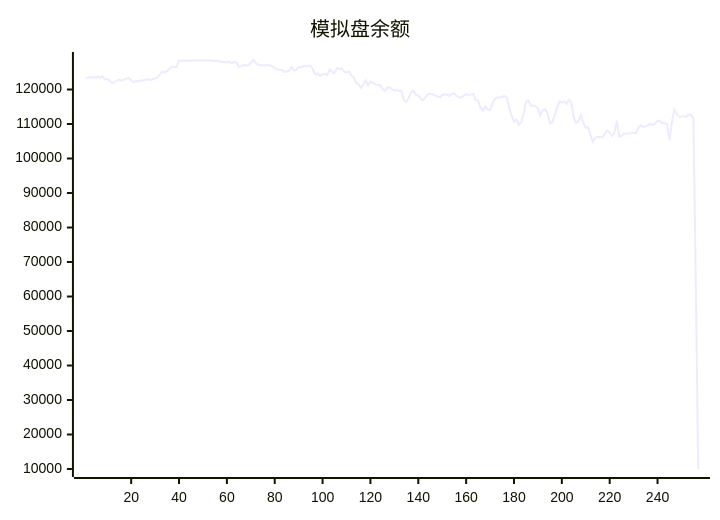
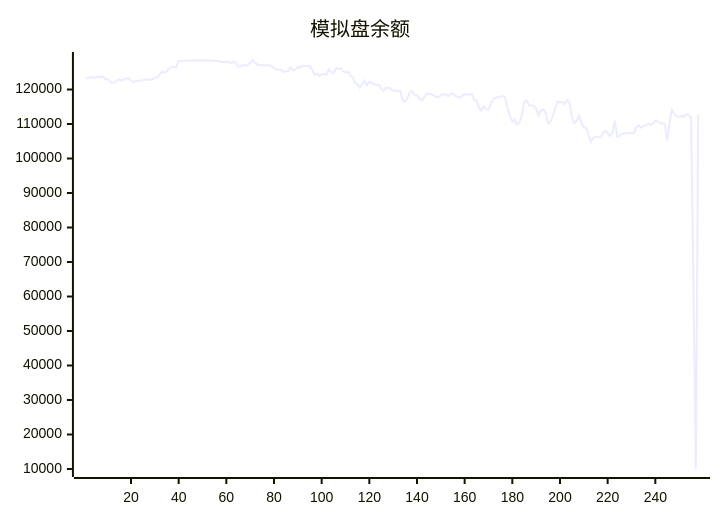
Before and after one commit to aahl/ai-trading: the diagram in README.md, drawn with Mermaid. The commit also changed other lines of this file and 1 other file, not shown here.

````diff
--- a/README.md
+++ b/README.md
@@ -5,5 +5,5 @@
 ```mermaid
 xychart
     title "模拟盘余额"
-    line [123338,123402,123530,123592,123378,123745,123413,123853,123009,123040,122557,121938,122095,122599,122856,122597,122898,123160,123319,122719,122087,122454,122416,122685,122592,122907,122961,122776,122981,123295,123507,124403,125224,124894,125303,126088,126544,126534,126549,128335,128318,128318,128318,128318,128318,128424,128424,128424,128424,128424,128424,128424,128424,128424,128247,128412,128062,128087,127917,127901,128026,127611,128000,127850,126572,126770,127100,126971,127029,127783,128554,127765,127224,127064,127044,127009,127025,127004,126738,126152,125871,125635,125707,125117,125217,125420,126480,125545,125715,126511,126424,126856,126764,126788,126890,125710,124381,124632,123936,124402,124574,124256,125833,125070,124739,126154,125966,126145,125213,124943,125143,124157,123604,121959,121476,120476,121470,122610,121201,122221,121889,121522,121332,121344,120232,119559,120513,120577,120108,119680,119777,119572,119568,116839,116392,117573,119250,119585,118469,118277,117338,116897,117706,118628,118849,118579,118280,117926,117735,118373,118639,118544,118136,118798,118819,118162,117874,117649,118215,118601,118463,118517,118713,116911,116899,114798,113887,115084,114313,114091,115934,117221,117658,117658,117883,118164,117693,114632,112403,110644,111313,109777,110444,112673,116419,116772,115355,115355,115198,114476,112510,113954,114276,113223,110151,110561,112361,114562,116522,116265,116500,115845,117000,116199,111887,110306,110942,112588,110318,108891,109011,106814,104811,106038,106327,106201,106180,107315,108068,107463,106528,107530,110941,106346,106482,107161,107268,107270,107302,107426,107340,108985,109681,108962,109404,109645,110030,109680,110214,110918,110897,110215,110212,109962,105235,110525,114151,112895,112137,112083,112329,112094,112784,112613,111829,63445,10000]
+    line [123338,123402,123530,123592,123378,123745,123413,123853,123009,123040,122557,121938,122095,122599,122856,122597,122898,123160,123319,122719,122087,122454,122416,122685,122592,122907,122961,122776,122981,123295,123507,124403,125224,124894,125303,126088,126544,126534,126549,128335,128318,128318,128318,128318,128318,128424,128424,128424,128424,128424,128424,128424,128424,128424,128247,128412,128062,128087,127917,127901,128026,127611,128000,127850,126572,126770,127100,126971,127029,127783,128554,127765,127224,127064,127044,127009,127025,127004,126738,126152,125871,125635,125707,125117,125217,125420,126480,125545,125715,126511,126424,126856,126764,126788,126890,125710,124381,124632,123936,124402,124574,124256,125833,125070,124739,126154,125966,126145,125213,124943,125143,124157,123604,121959,121476,120476,121470,122610,121201,122221,121889,121522,121332,121344,120232,119559,120513,120577,120108,119680,119777,119572,119568,116839,116392,117573,119250,119585,118469,118277,117338,116897,117706,118628,118849,118579,118280,117926,117735,118373,118639,118544,118136,118798,118819,118162,117874,117649,118215,118601,118463,118517,118713,116911,116899,114798,113887,115084,114313,114091,115934,117221,117658,117658,117883,118164,117693,114632,112403,110644,111313,109777,110444,112673,116419,116772,115355,115355,115198,114476,112510,113954,114276,113223,110151,110561,112361,114562,116522,116265,116500,115845,117000,116199,111887,110306,110942,112588,110318,108891,109011,106814,104811,106038,106327,106201,106180,107315,108068,107463,106528,107530,110941,106346,106482,107161,107268,107270,107302,107426,107340,108985,109681,108962,109404,109645,110030,109680,110214,110918,110897,110215,110212,109962,105235,110525,114151,112895,112137,112083,112329,112094,112784,112613,111829,63445,10000,112734]
 ```
````
